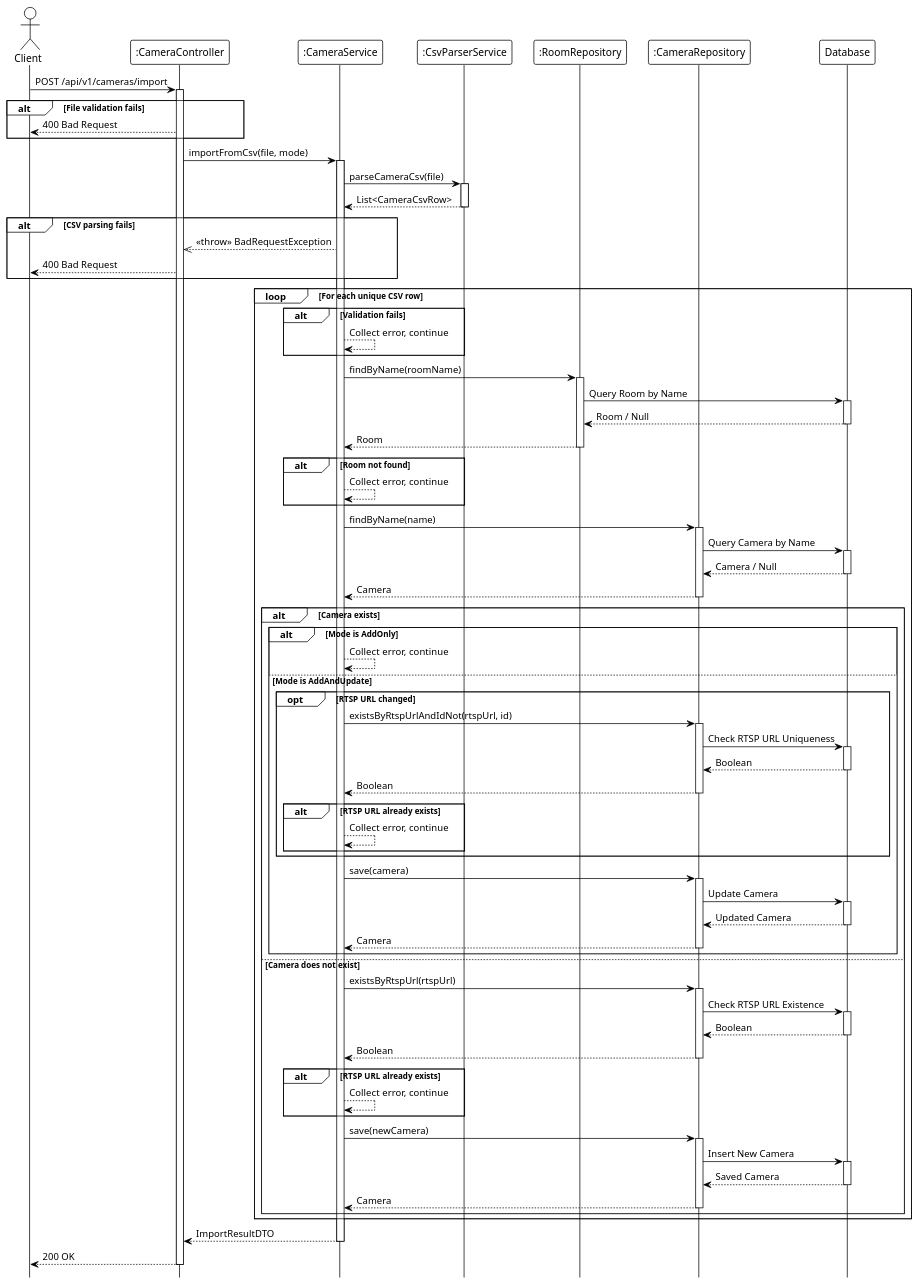
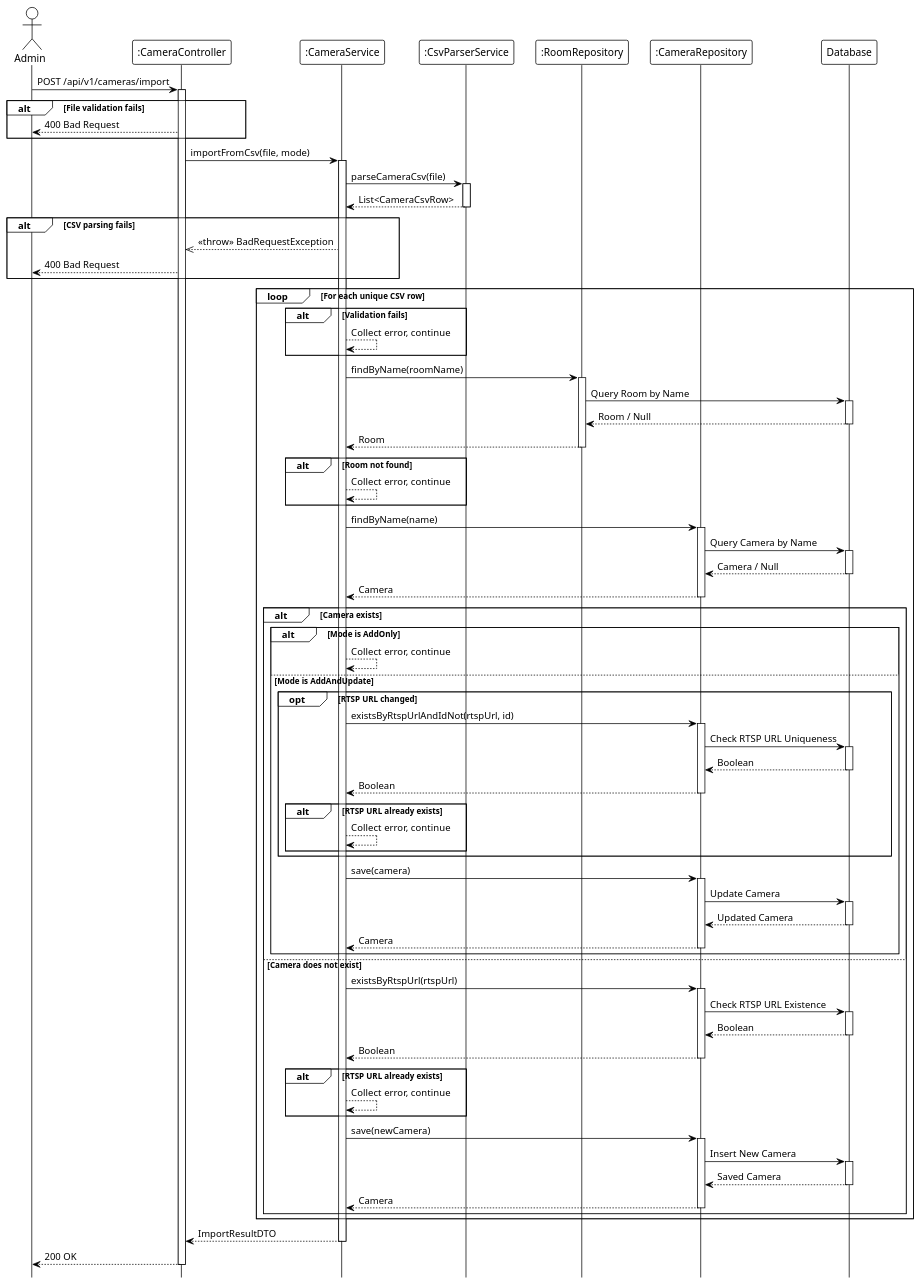
Before and after one commit to Ndh474/context: the diagram in system_detailed_design/66_import_csv_camera/sequence_diagram_import_csv_camera.puml, drawn with PlantUML. The commit also changed 61 other files, not shown here.

First line of the commit message:
refactor(diagrams): update actor from Client to Admin in sequence diagrams

```diff
--- a/system_detailed_design/66_import_csv_camera/sequence_diagram_import_csv_camera.puml
+++ b/system_detailed_design/66_import_csv_camera/sequence_diagram_import_csv_camera.puml
@@ -1,149 +1,149 @@
 @startuml import_csv_camera
 !theme plain
 hide footbox
 
-actor Client
+actor Admin
 participant ":CameraController" as Controller
 participant ":CameraService" as Service
 participant ":CsvParserService" as CsvParser
 participant ":RoomRepository" as RoomRepo
 participant ":CameraRepository" as CameraRepo
 participant "Database" as DB
 
 ' --- MAIN FLOW ---
-Client -> Controller: POST /api/v1/cameras/import
+Admin -> Controller: POST /api/v1/cameras/import
 activate Controller
 
 ' File validation (internal)
 
 alt File validation fails
-    Controller --> Client: 400 Bad Request
+    Controller --> Admin: 400 Bad Request
 end
 
 Controller -> Service: importFromCsv(file, mode)
 activate Service
 
 ' --- PARSE CSV ---
 Service -> CsvParser: parseCameraCsv(file)
 activate CsvParser
 
 CsvParser --> Service: List<CameraCsvRow>
 deactivate CsvParser
 
 alt CSV parsing fails
     Service -->> Controller: <<throw>> BadRequestException
-    Controller --> Client: 400 Bad Request
+    Controller --> Admin: 400 Bad Request
 end
 
 ' CSV deduplication (internal)
 
 ' --- BATCH PROCESSING LOOP ---
 loop For each unique CSV row
     ' Row validation (internal)
     
     alt Validation fails
         Service --> Service: Collect error, continue
     end
     
     ' --- FIND ROOM ---
     Service -> RoomRepo: findByName(roomName)
     activate RoomRepo
     
     RoomRepo -> DB: Query Room by Name
     activate DB
     DB --> RoomRepo: Room / Null
     deactivate DB
     
     RoomRepo --> Service: Room
     deactivate RoomRepo
     
     alt Room not found
         Service --> Service: Collect error, continue
     end
     
     ' --- CHECK EXISTING CAMERA ---
     Service -> CameraRepo: findByName(name)
     activate CameraRepo
     
     CameraRepo -> DB: Query Camera by Name
     activate DB
     DB --> CameraRepo: Camera / Null
     deactivate DB
     
     CameraRepo --> Service: Camera
     deactivate CameraRepo
     
     alt Camera exists
         alt Mode is AddOnly
             Service --> Service: Collect error, continue
         else Mode is AddAndUpdate
             ' Check RTSP URL uniqueness if changed
             opt RTSP URL changed
                 Service -> CameraRepo: existsByRtspUrlAndIdNot(rtspUrl, id)
                 activate CameraRepo
                 
                 CameraRepo -> DB: Check RTSP URL Uniqueness
                 activate DB
                 DB --> CameraRepo: Boolean
                 deactivate DB
                 
                 CameraRepo --> Service: Boolean
                 deactivate CameraRepo
                 
                 alt RTSP URL already exists
                     Service --> Service: Collect error, continue
                 end
             end
             
             ' Update existing camera
             Service -> CameraRepo: save(camera)
             activate CameraRepo
             
             CameraRepo -> DB: Update Camera
             activate DB
             DB --> CameraRepo: Updated Camera
             deactivate DB
             
             CameraRepo --> Service: Camera
             deactivate CameraRepo
         end
     else Camera does not exist
         ' Check RTSP URL uniqueness
         Service -> CameraRepo: existsByRtspUrl(rtspUrl)
         activate CameraRepo
         
         CameraRepo -> DB: Check RTSP URL Existence
         activate DB
         DB --> CameraRepo: Boolean
         deactivate DB
         
         CameraRepo --> Service: Boolean
         deactivate CameraRepo
         
         alt RTSP URL already exists
             Service --> Service: Collect error, continue
         end
         
         ' Create new camera
         Service -> CameraRepo: save(newCamera)
         activate CameraRepo
         
         CameraRepo -> DB: Insert New Camera
         activate DB
         DB --> CameraRepo: Saved Camera
         deactivate DB
         
         CameraRepo --> Service: Camera
         deactivate CameraRepo
     end
 end
 
 ' Build result with success/failure counts (internal)
 
 Service --> Controller: ImportResultDTO
 deactivate Service
 
-Controller --> Client: 200 OK
+Controller --> Admin: 200 OK
 deactivate Controller
 
 @enduml
```
